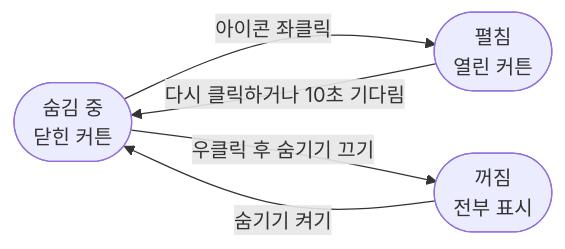
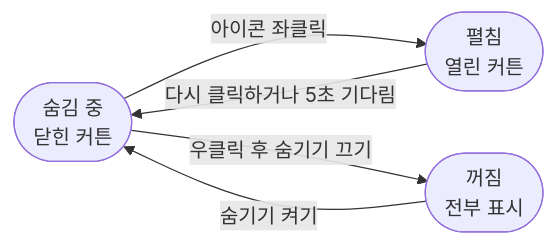
Before and after one commit to dohyoh/menubar-manager: the diagram in README_KR.md, drawn with Mermaid. The commit also changed other lines of this file and 15 other files, not shown here.

````diff
--- a/README_KR.md
+++ b/README_KR.md
@@ -66,10 +66,10 @@
 ```mermaid
 flowchart LR
     H(["숨김 중<br/>닫힌 커튼"])
     E(["펼침<br/>열린 커튼"])
     O(["꺼짐<br/>전부 표시"])
     H -- "아이콘 좌클릭" --> E
-    E -- "다시 클릭하거나 10초 기다림" --> H
+    E -- "다시 클릭하거나 5초 기다림" --> H
     H -- "우클릭 후 숨기기 끄기" --> O
     O -- "숨기기 켜기" --> H
 ```
````
